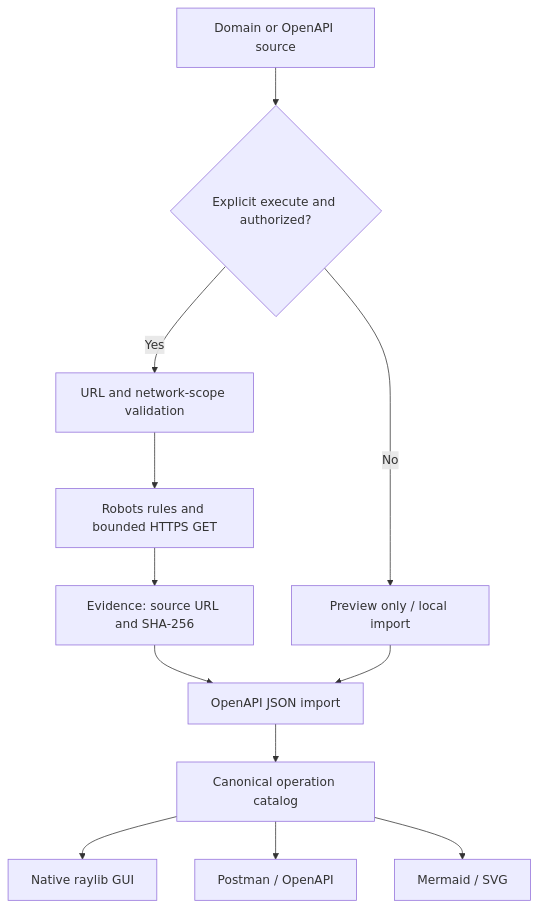
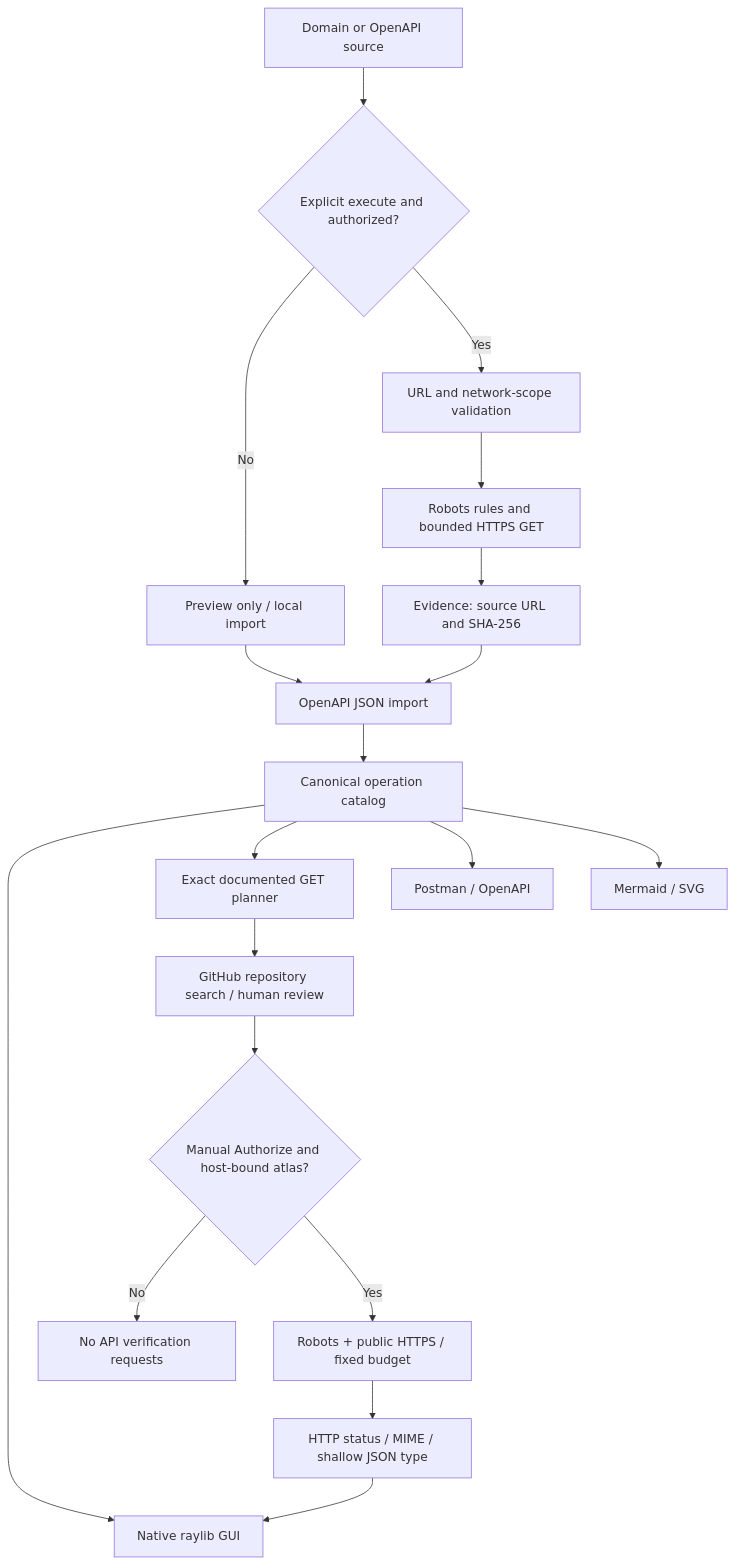
The diagram in docs/ARCHITECTURE.md (bspippi1337/restmore), drawn with Mermaid before and after one commit. The commit also changed other lines of this file, not shown here.

Commit message:
docs: document matched OpenAPI origin, GitHub-first consent and exact GET response checks

````diff
--- a/docs/ARCHITECTURE.md
+++ b/docs/ARCHITECTURE.md
@@ -7,14 +7,21 @@
 ```mermaid
 flowchart TD
     A[Domain or OpenAPI source] --> B{Explicit execute and authorized?}
     B -->|No| C[Preview only / local import]
     B -->|Yes| D[URL and network-scope validation]
     D --> E[Robots rules and bounded HTTPS GET]
     E --> F[Evidence: source URL and SHA-256]
     F --> G[OpenAPI JSON import]
     C --> G
     G --> H[Canonical operation catalog]
     H --> I[Native raylib GUI]
+    H --> V[Exact documented GET planner]
+    V --> GH[GitHub repository search / human review]
+    GH --> AUTH{Manual Authorize and host-bound atlas?}
+    AUTH -->|No| STOP[No API verification requests]
+    AUTH -->|Yes| ROBOTS[Robots + public HTTPS / fixed budget]
+    ROBOTS --> COMPARE[HTTP status / MIME / shallow JSON type]
+    COMPARE --> I
     H --> J[Postman / OpenAPI]
     H --> K[Mermaid / SVG]
 ```
````
